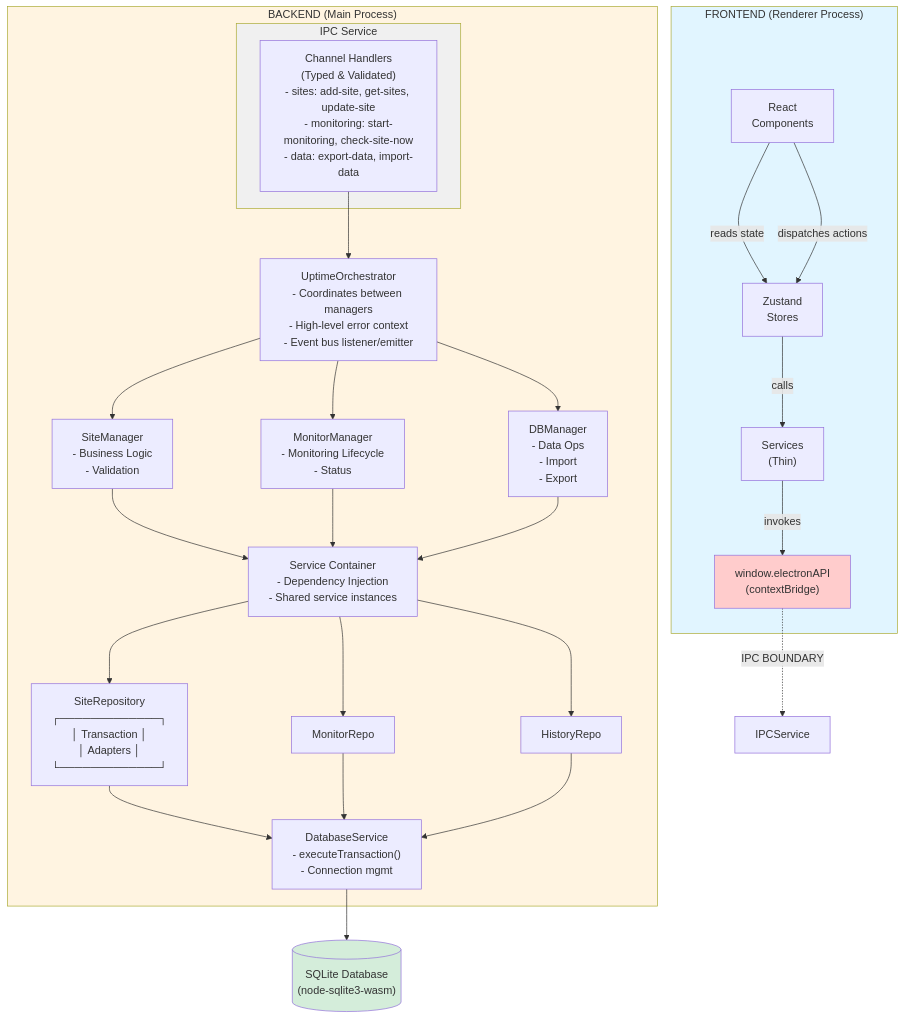
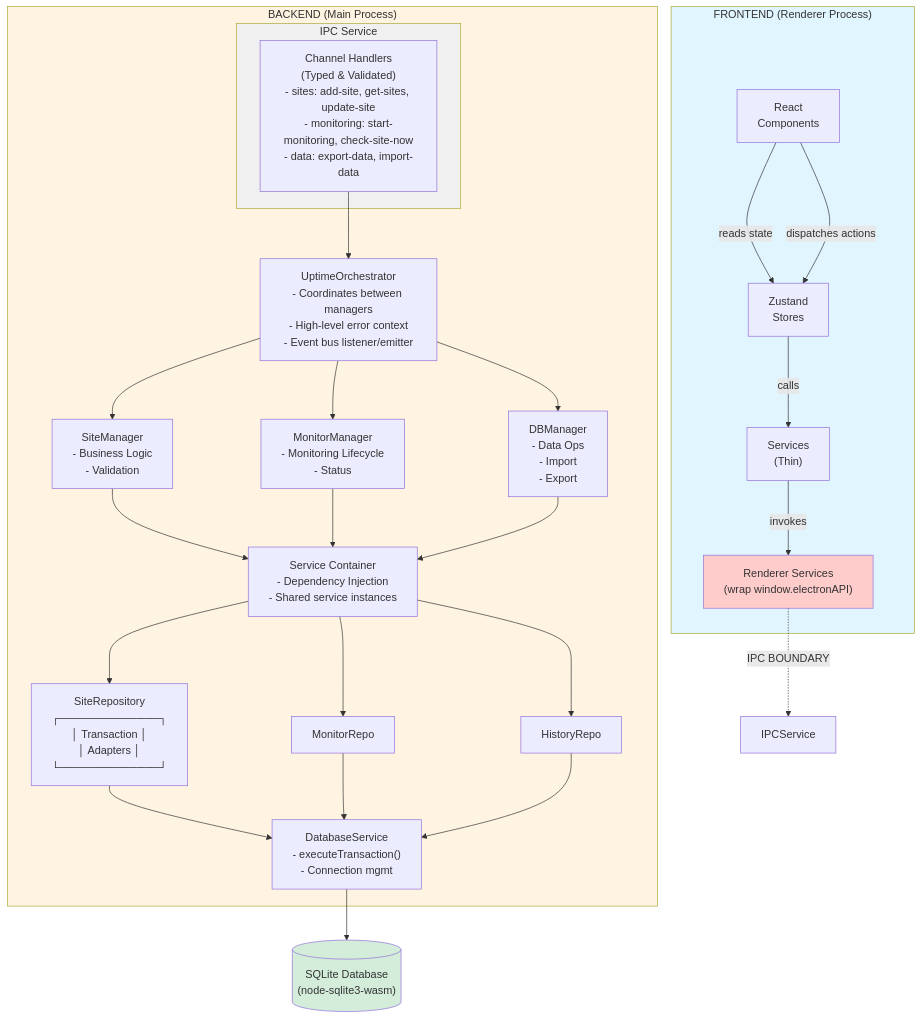
The first of 5 diagrams in docs/Architecture/ADRs/ARCHITECTURE_DIAGRAM.md (Nick2bad4u/Uptime-Watcher), drawn with Mermaid before and after one commit. The commit also changed 53 other files, not shown here.

````diff
--- a/docs/Architecture/ADRs/ARCHITECTURE_DIAGRAM.md
+++ b/docs/Architecture/ADRs/ARCHITECTURE_DIAGRAM.md
@@ -5,48 +5,48 @@
 ```mermaid
 graph TB
     subgraph Frontend["FRONTEND (Renderer Process)"]
         ReactComponents["React<br/>Components"]
         ZustandStores["Zustand<br/>Stores"]
         FrontendServices["Services<br/>(Thin)"]
 
         ReactComponents -->|reads state| ZustandStores
         ZustandStores -->|calls| FrontendServices
         ReactComponents -->|dispatches actions| ZustandStores
 
-        FrontendServices -->|invokes| ContextBridge["window.electronAPI<br/>(contextBridge)"]
+        FrontendServices -->|invokes| ContextBridge["Renderer Services<br/>(wrap window.electronAPI)"]
     end
 
     ContextBridge -.->|"IPC BOUNDARY"| IPCService
 
     subgraph Backend["BACKEND (Main Process)"]
         subgraph IPC["IPC Service"]
             IPCHandlers["Channel Handlers<br/>(Typed & Validated)<br/>- sites: add-site, get-sites, update-site<br/>- monitoring: start-monitoring, check-site-now<br/>- data: export-data, import-data"]
         end
 
         IPCHandlers --> Orchestrator["UptimeOrchestrator<br/>- Coordinates between managers<br/>- High-level error context<br/>- Event bus listener/emitter"]
 
         Orchestrator --> SiteManager["SiteManager<br/>- Business Logic<br/>- Validation"]
         Orchestrator --> MonitorManager["MonitorManager<br/>- Monitoring Lifecycle<br/>- Status"]
         Orchestrator --> DBManager["DBManager<br/>- Data Ops<br/>- Import<br/>- Export"]
 
         SiteManager --> ServiceContainer["Service Container<br/>- Dependency Injection<br/>- Shared service instances"]
         MonitorManager --> ServiceContainer
         DBManager --> ServiceContainer
 
         ServiceContainer --> SiteRepo["SiteRepository<br/>┌─────────────┐<br/>│ Transaction │<br/>│   Adapters  │<br/>└─────────────┘"]
         ServiceContainer --> MonitorRepo["MonitorRepo"]
         ServiceContainer --> HistoryRepo["HistoryRepo"]
 
         SiteRepo --> DatabaseService["DatabaseService<br/>- executeTransaction()<br/>- Connection mgmt"]
         MonitorRepo --> DatabaseService
         HistoryRepo --> DatabaseService
     end
 
     DatabaseService --> SQLite[("SQLite Database<br/>(node-sqlite3-wasm)")]
 
     style Frontend fill:#e1f5ff
     style Backend fill:#fff4e1
     style IPC fill:#f0f0f0
     style ContextBridge fill:#ffcccc
     style SQLite fill:#d4edda
 ```
````
